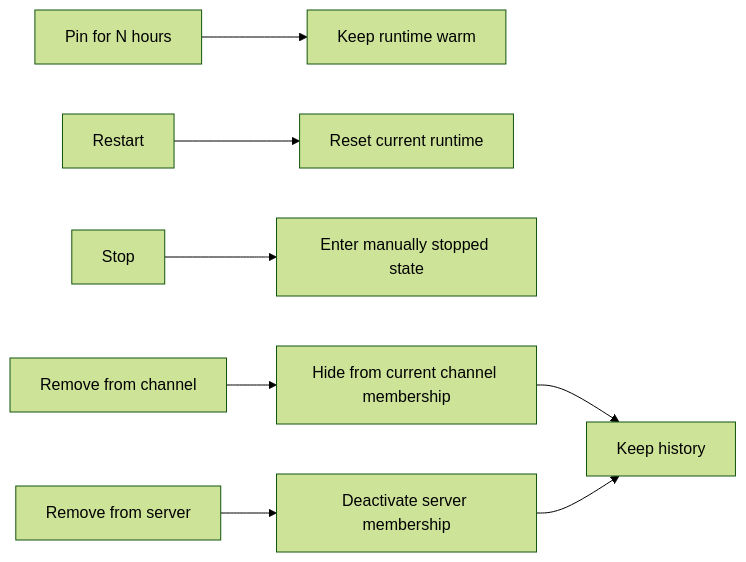
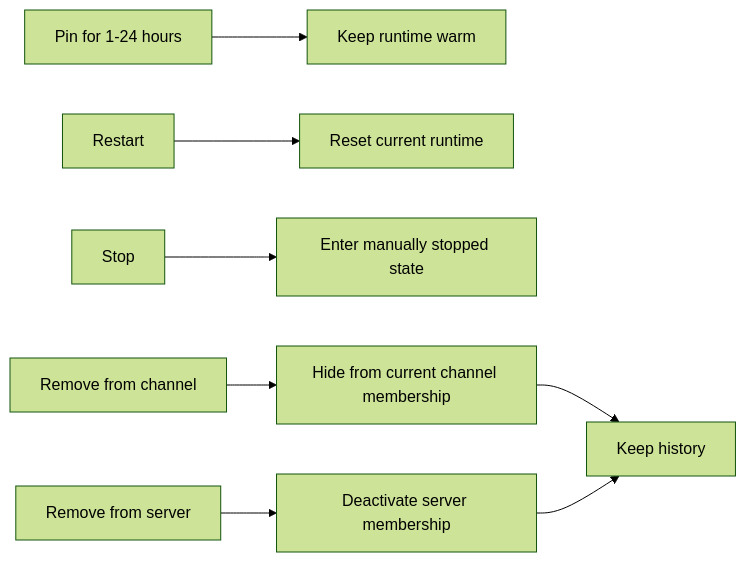
One commit to poco-ai/poco-agent changed the third of 3 diagrams in docs/en/features/server-collaboration/persistent-agents.mdx. Above: the diagram before and after it, drawn with Mermaid (forest theme). The commit also changed other lines of this file and 3 other files, not shown here.

First line of the commit message:
docs(persistent-runtime): clarify idle lifecycle, pin bounds, and stop semantics

````diff
--- a/docs/en/features/server-collaboration/persistent-agents.mdx
+++ b/docs/en/features/server-collaboration/persistent-agents.mdx
@@ -57,10 +59,10 @@
 ```mermaid
 flowchart LR
-    A["Pin for N hours"] --> B["Keep runtime warm"]
+    A["Pin for 1-24 hours"] --> B["Keep runtime warm"]
     C["Restart"] --> D["Reset current runtime"]
     E["Stop"] --> F["Enter manually stopped state"]
     G["Remove from channel"] --> H["Hide from current channel membership"]
     I["Remove from server"] --> J["Deactivate server membership"]
     H --> K["Keep history"]
     J --> K
 ```
````
